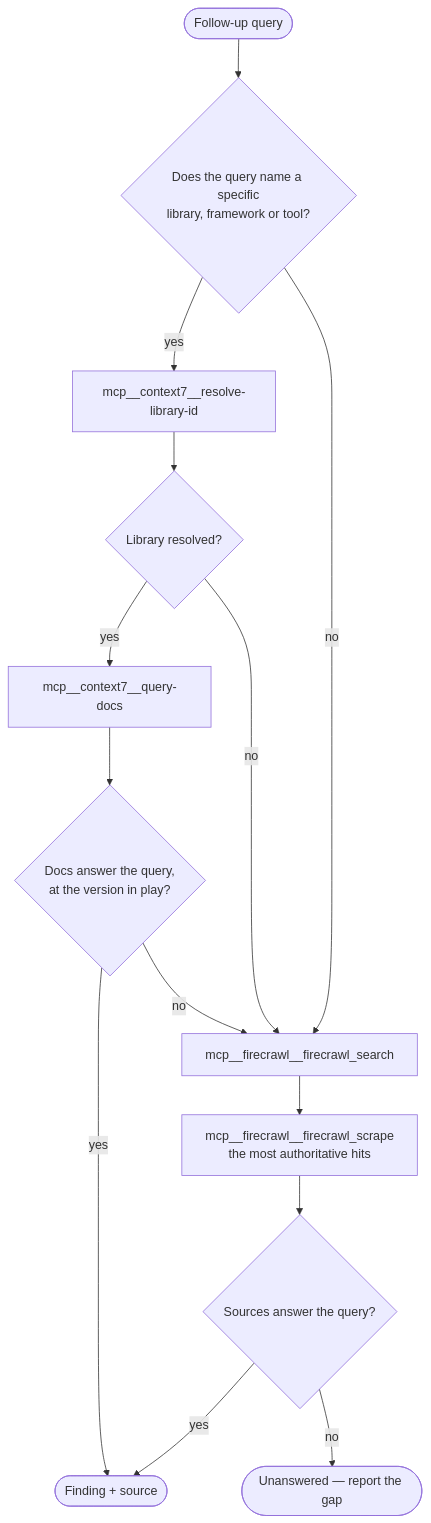
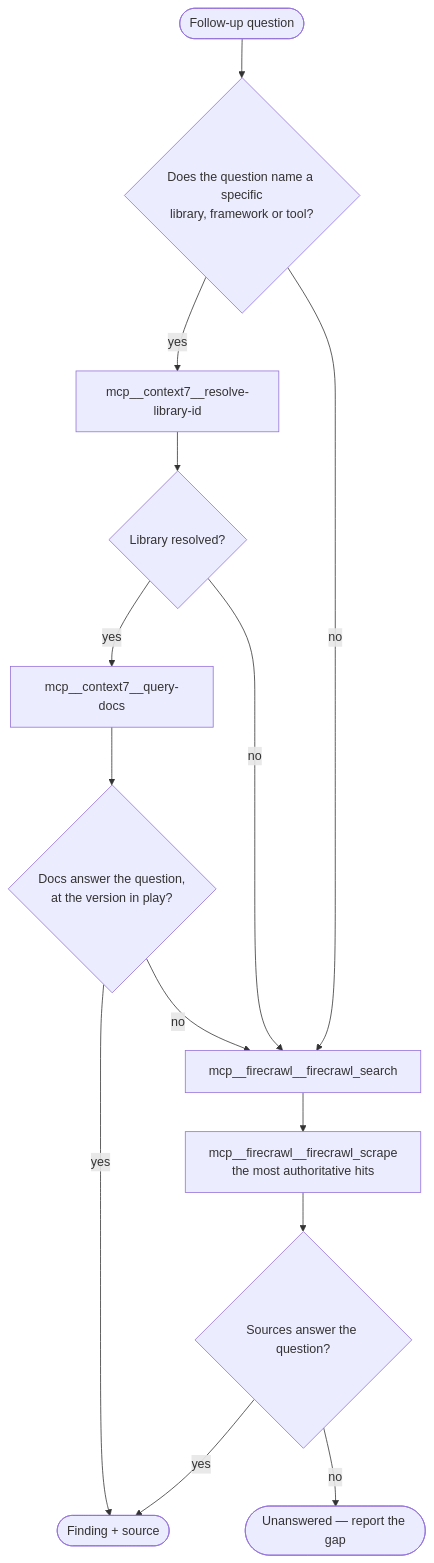
The diagram in plugins/fd3/agents/researcher.md (grixu/cc-toolkit), drawn with Mermaid before and after one commit. The commit also changed other lines of this file, not shown here.

````diff
--- a/plugins/fd3/agents/researcher.md
+++ b/plugins/fd3/agents/researcher.md
@@ -35,19 +47,19 @@
 ```mermaid
 flowchart TD
-    Q(["Follow-up query"]) --> D{"Does the query name a specific<br/>library, framework or tool?"}
+    Q(["Follow-up question"]) --> D{"Does the question name a specific<br/>library, framework or tool?"}
 
     D -->|yes| R["mcp__context7__resolve-library-id"]
     R --> RD{"Library resolved?"}
     RD -->|yes| QD["mcp__context7__query-docs"]
-    QD --> AD{"Docs answer the query,<br/>at the version in play?"}
+    QD --> AD{"Docs answer the question,<br/>at the version in play?"}
     AD -->|yes| DONE(["Finding + source"])
 
     D -->|no| S["mcp__firecrawl__firecrawl_search"]
     RD -->|no| S
     AD -->|no| S
 
     S --> SC["mcp__firecrawl__firecrawl_scrape<br/>the most authoritative hits"]
-    SC --> AS{"Sources answer the query?"}
+    SC --> AS{"Sources answer the question?"}
     AS -->|yes| DONE
     AS -->|no| GAP(["Unanswered — report the gap"])
 ```
````
